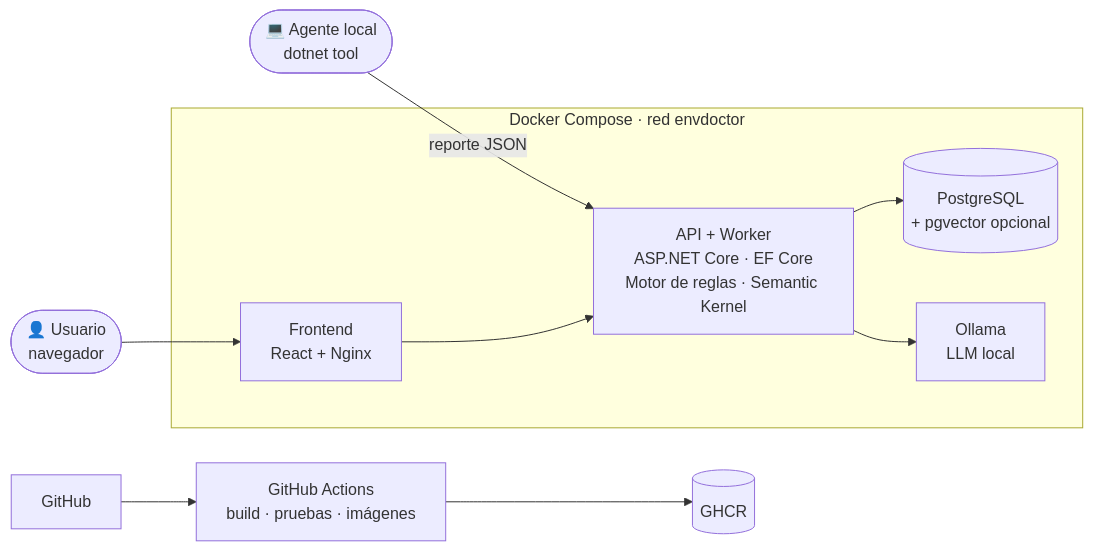
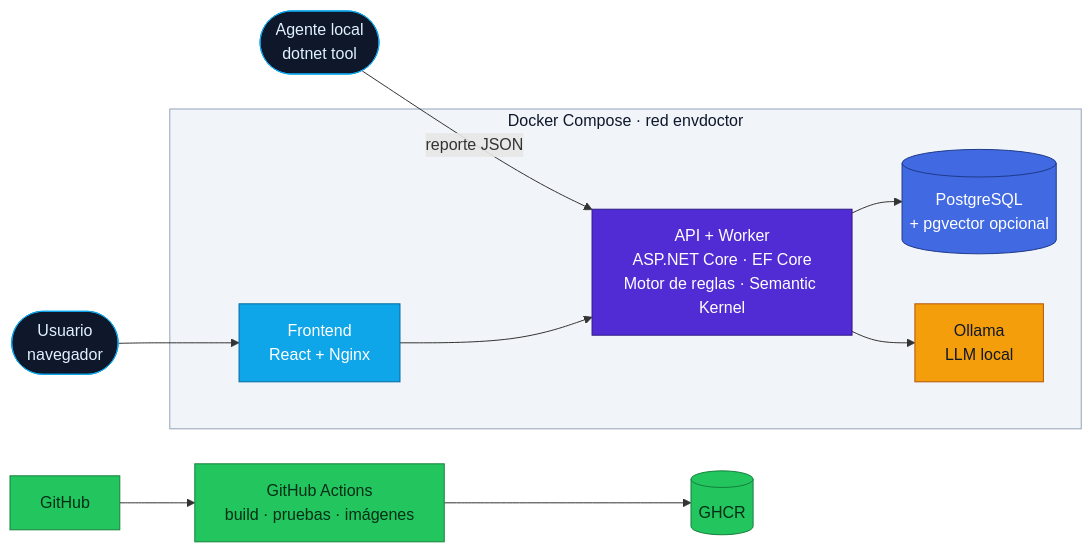
The first of 3 diagrams in README.md (luisbravobello/envDoctor), drawn with Mermaid before and after one commit. The commit also changed other lines of this file, not shown here.

````diff
--- a/README.md
+++ b/README.md
@@ -82,13 +83,27 @@
 ```mermaid
 flowchart LR
-    U([👤 Usuario<br/>navegador]) --> FE
-    AG([💻 Agente local<br/>dotnet tool]) -- reporte JSON --> API
+    U([Usuario<br/>navegador]) --> FE
+    AG([Agente local<br/>dotnet tool]) -- reporte JSON --> API
 
     subgraph compose [Docker Compose · red envdoctor]
         FE[Frontend<br/>React + Nginx] --> API[API + Worker<br/>ASP.NET Core · EF Core<br/>Motor de reglas · Semantic Kernel]
         API --> DB[(PostgreSQL<br/>+ pgvector opcional)]
         API --> LLM[Ollama<br/>LLM local]
     end
 
     GH[GitHub] --> GA[GitHub Actions<br/>build · pruebas · imágenes] --> GHCR[(GHCR)]
+
+    classDef user fill:#0F172A,stroke:#0EA5E9,color:#E0F2FE
+    classDef front fill:#0EA5E9,stroke:#0369A1,color:#ffffff
+    classDef api fill:#512BD4,stroke:#2E1A87,color:#ffffff
+    classDef db fill:#4169E1,stroke:#1E3A8A,color:#ffffff
+    classDef ai fill:#F59E0B,stroke:#B45309,color:#111827
+    classDef ci fill:#22C55E,stroke:#15803D,color:#052E16
+    class U,AG user
+    class FE front
+    class API api
+    class DB db
+    class LLM ai
+    class GH,GA,GHCR ci
+    style compose fill:#F1F5F9,stroke:#94A3B8,color:#0F172A
 ```
````
